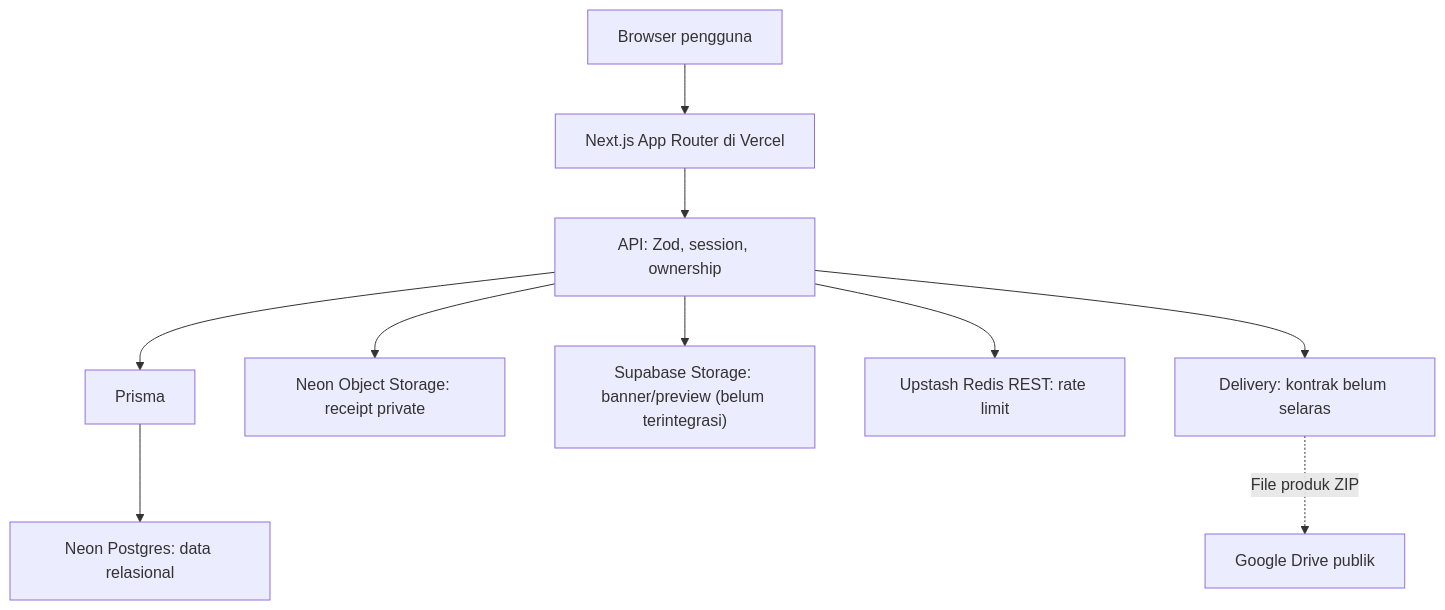
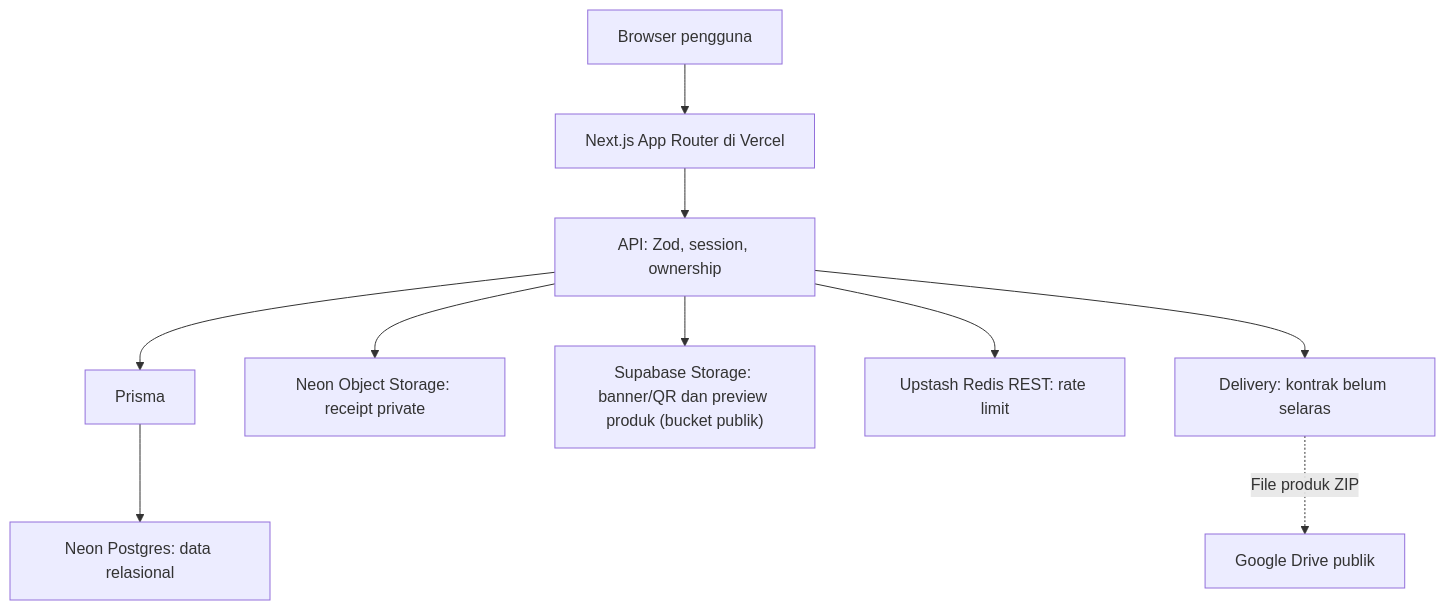
The first of 2 diagrams in docs/ARCHITECTURE.md (Althentic-dev/Althentic-dev), drawn with Mermaid before and after one commit. The commit also changed other lines of this file, not shown here.

Commit message:
docs: map Supabase public storage runtime

````diff
--- a/docs/ARCHITECTURE.md
+++ b/docs/ARCHITECTURE.md
@@ -51,12 +51,12 @@
 ```mermaid
 flowchart TD
     U["Browser pengguna"] --> A["Next.js App Router di Vercel"]
     A --> R["API: Zod, session, ownership"]
     R --> P["Prisma"]
     P --> N["Neon Postgres: data relasional"]
     R --> S["Neon Object Storage: receipt private"]
-    R --> SS["Supabase Storage: banner/preview (belum terintegrasi)"]
+    R --> SS["Supabase Storage: banner/QR dan preview produk (bucket publik)"]
     R --> L["Upstash Redis REST: rate limit"]
     R --> D["Delivery: kontrak belum selaras"]
     D -. "File produk ZIP" .-> G["Google Drive publik"]
 ```
````
